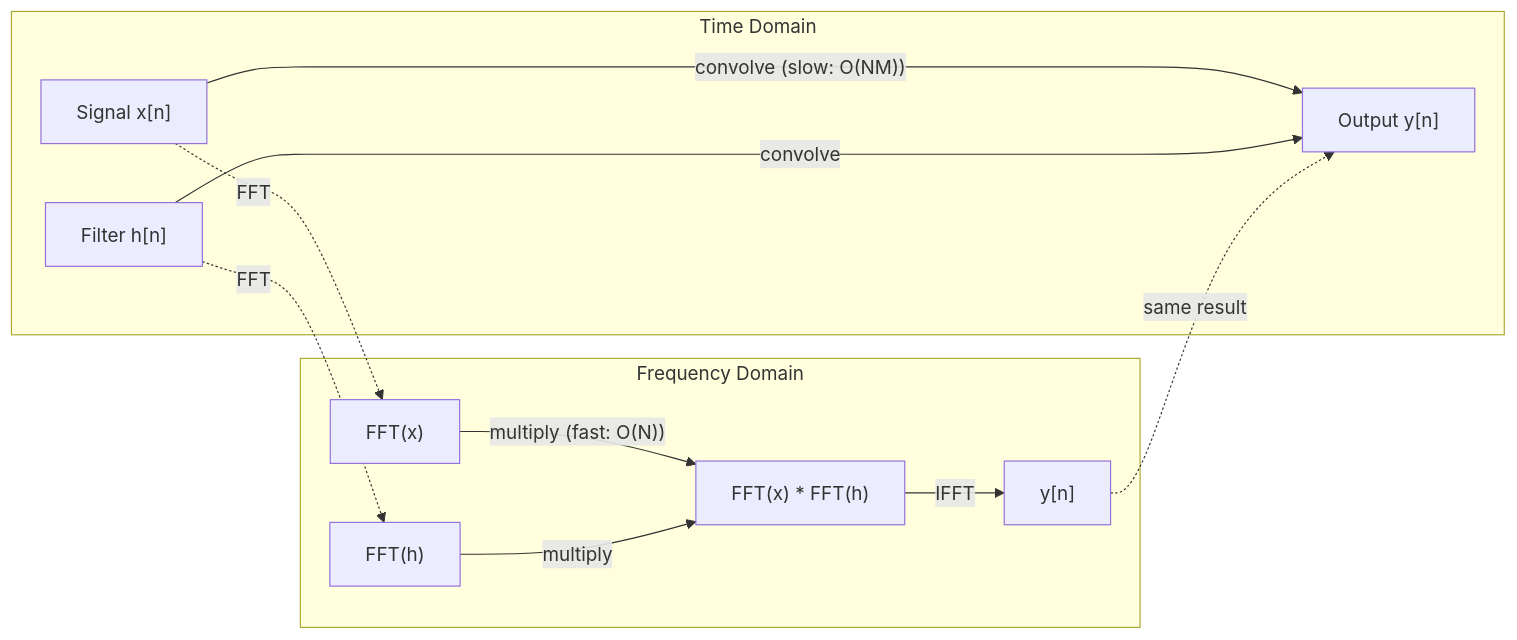
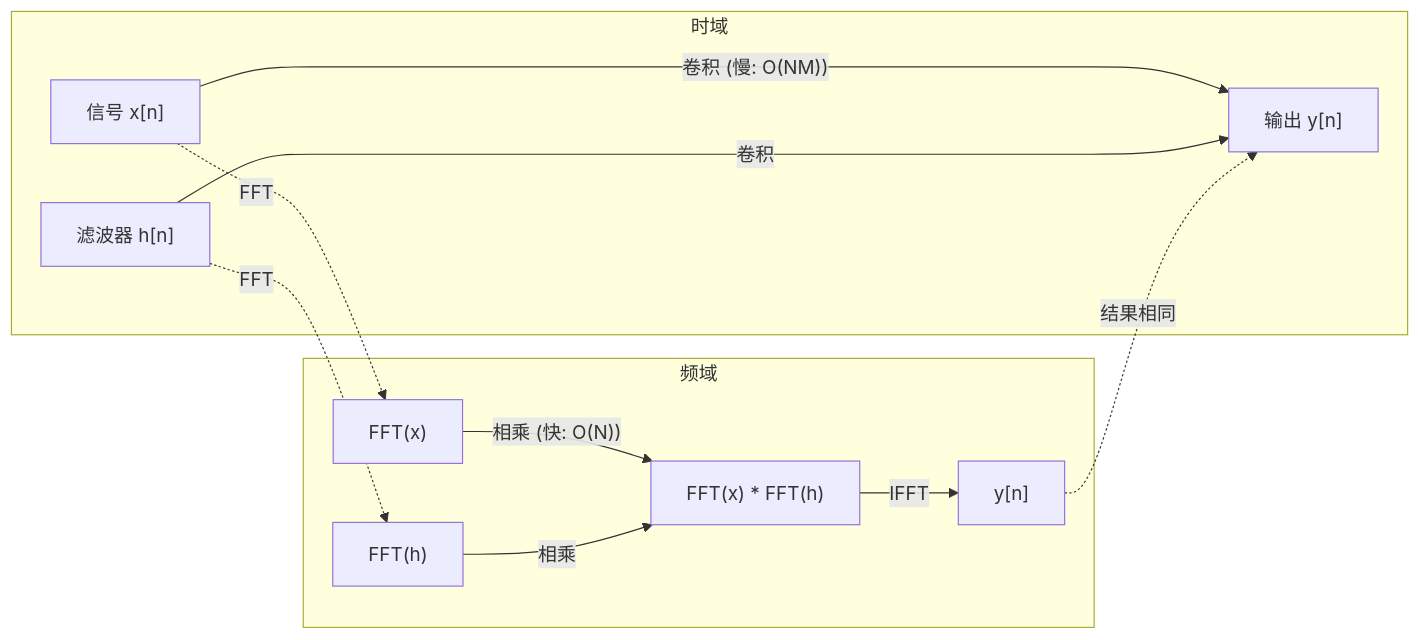
The second of 2 diagrams in phases/01-math-foundations/20-fourier-transform/docs/zh.md (alessandrodinisio-ai/ai-engineering-learning-framework), drawn with Mermaid before and after one commit. The commit also changed other lines of this file and 120 other files, not shown here.

First line of the commit message:
i18n(mermaid): 337 个 mermaid 图表标签中文化

````diff
--- a/phases/01-math-foundations/20-fourier-transform/docs/zh.md
+++ b/phases/01-math-foundations/20-fourier-transform/docs/zh.md
@@ -155,15 +155,15 @@
 ```mermaid
 graph LR
-    subgraph "Time Domain"
-        TA["Signal x[n]"] -->|"convolve (slow: O(NM))"| TC["Output y[n]"]
-        TB["Filter h[n]"] -->|"convolve"| TC
+    subgraph "时域"
+        TA["信号 x[n]"] -->|"卷积 (慢: O(NM))"| TC["输出 y[n]"]
+        TB["滤波器 h[n]"] -->|"卷积"| TC
     end
-    subgraph "Frequency Domain"
-        FA["FFT(x)"] -->|"multiply (fast: O(N))"| FC["FFT(x) * FFT(h)"]
-        FB["FFT(h)"] -->|"multiply"| FC
+    subgraph "频域"
+        FA["FFT(x)"] -->|"相乘 (快: O(N))"| FC["FFT(x) * FFT(h)"]
+        FB["FFT(h)"] -->|"相乘"| FC
         FC -->|"IFFT"| FD["y[n]"]
     end
     TA -.->|"FFT"| FA
     TB -.->|"FFT"| FB
-    FD -.->|"same result"| TC
+    FD -.->|"结果相同"| TC
 ```
````
